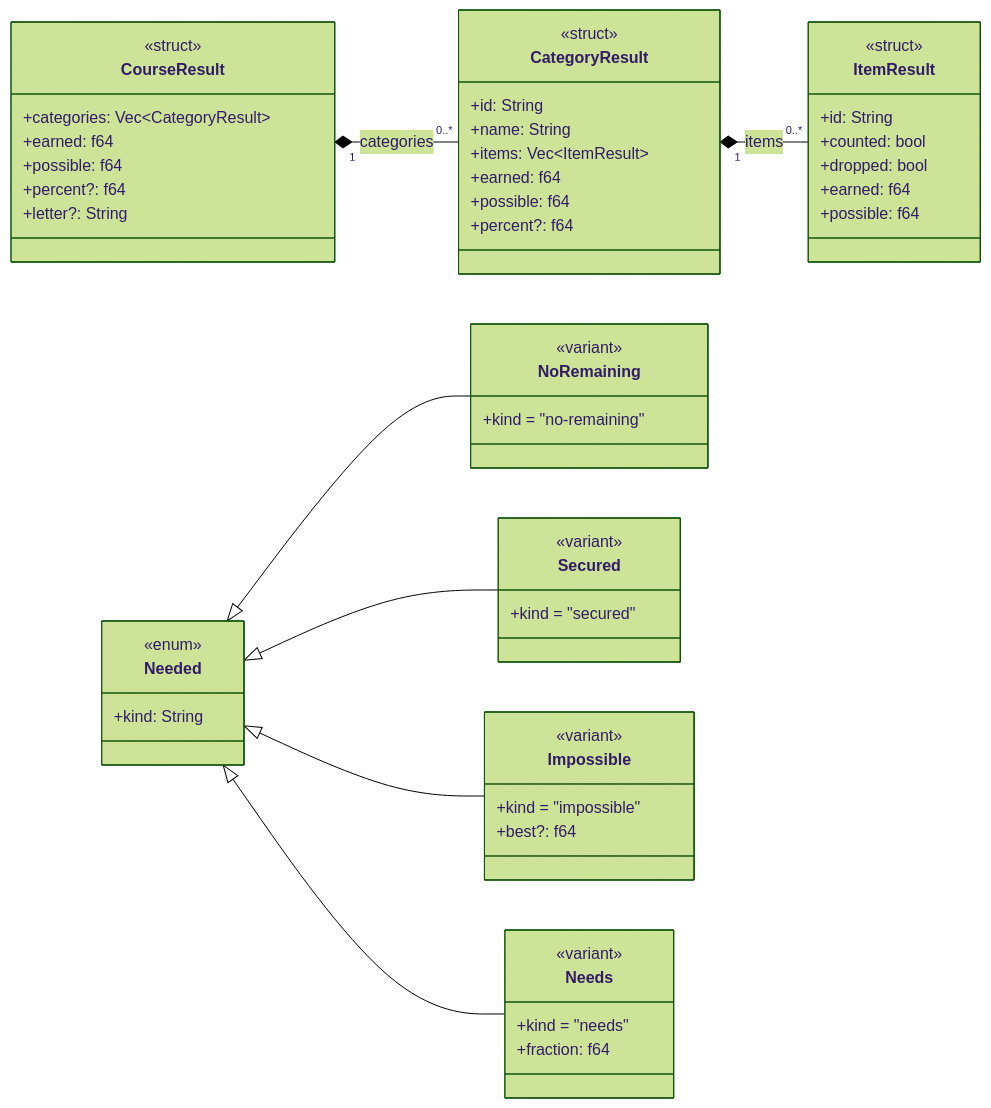
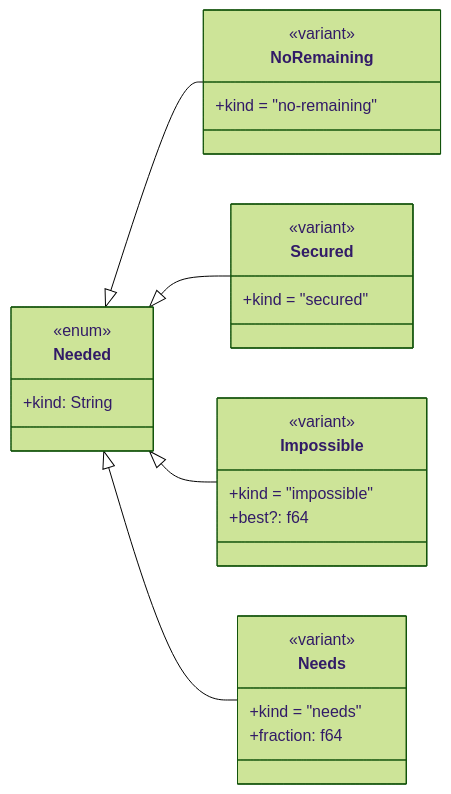
Before and after one commit to Patman1O1/grade-calculator: the third of 8 diagrams in docs/uml.md, drawn with Mermaid (forest theme). The commit also changed other lines of this file and 11 other files, not shown here.

First line of the commit message:
Merge result types into Course, Category and Item

````diff
--- a/docs/uml.md
+++ b/docs/uml.md
@@ -122,57 +137,30 @@
 ```mermaid
 classDiagram
   direction LR
-  class CourseResult {
-    <<struct>>
-    +categories: Vec~CategoryResult~
-    +earned: f64
-    +possible: f64
-    +percent?: f64
-    +letter?: String
-  }
-  class CategoryResult {
-    <<struct>>
-    +id: String
-    +name: String
-    +items: Vec~ItemResult~
-    +earned: f64
-    +possible: f64
-    +percent?: f64
-  }
-  class ItemResult {
-    <<struct>>
-    +id: String
-    +counted: bool
-    +dropped: bool
-    +earned: f64
-    +possible: f64
-  }
   class Needed {
     <<enum>>
     +kind: String
   }
   class NoRemaining {
     <<variant>>
     +kind = "no-remaining"
   }
   class Secured {
     <<variant>>
     +kind = "secured"
   }
   class Impossible {
     <<variant>>
     +kind = "impossible"
     +best?: f64
   }
   class Needs {
     <<variant>>
     +kind = "needs"
     +fraction: f64
   }
-  CourseResult "1" *-- "0..*" CategoryResult : categories
-  CategoryResult "1" *-- "0..*" ItemResult : items
   Needed <|-- NoRemaining
   Needed <|-- Secured
   Needed <|-- Impossible
   Needed <|-- Needs
 ```
````
